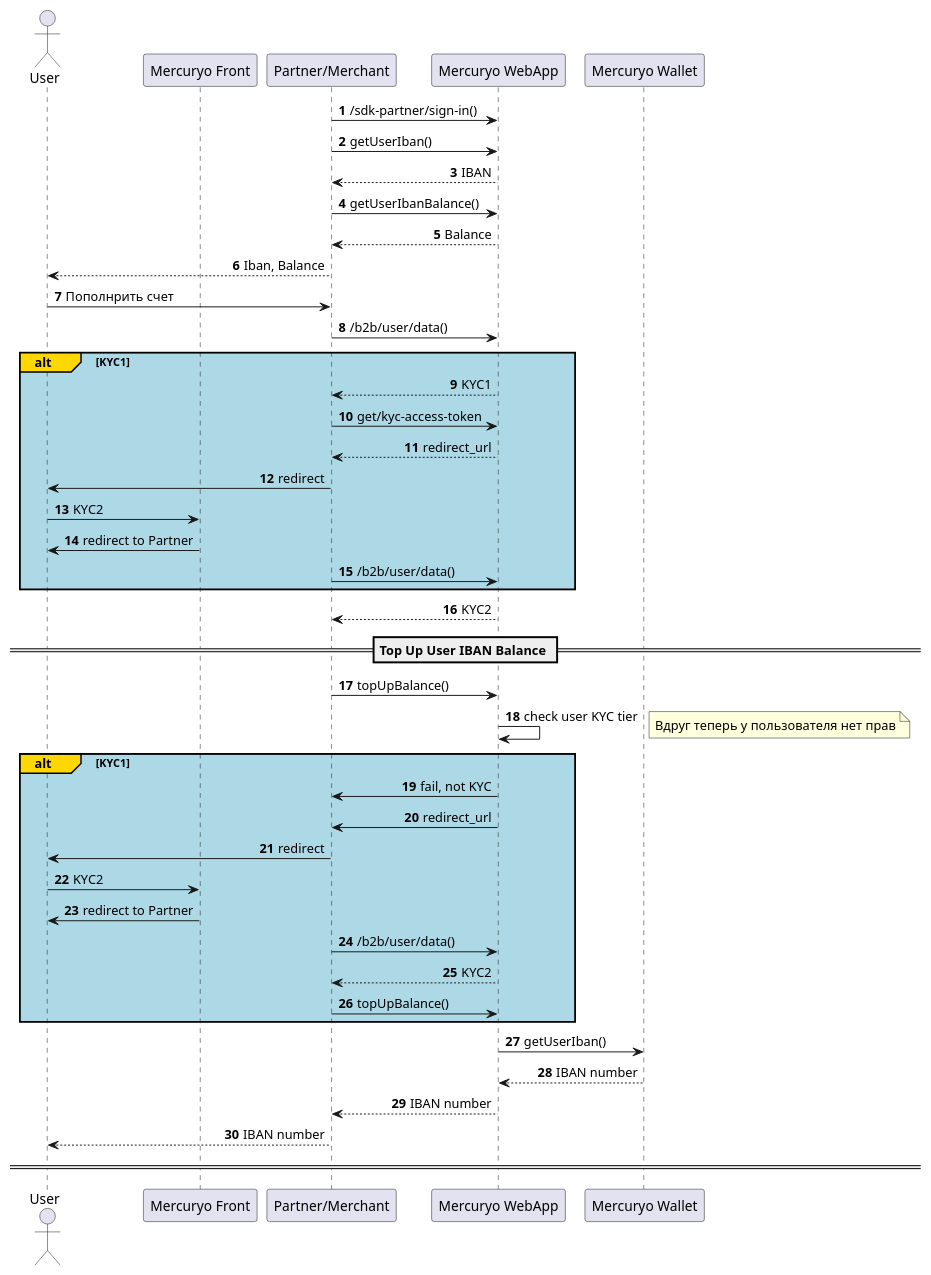
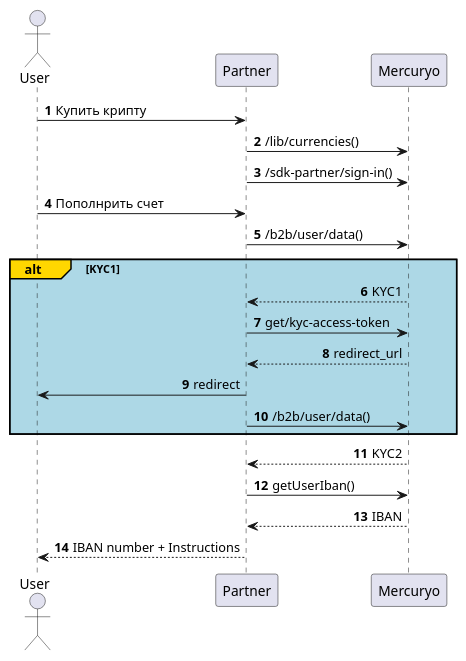
Before and after one commit to mercuryoio/BAAS-API: the diagram in 4 fiat deposit/:b2b:fiat:deposit.puml, drawn with PlantUML. The commit also changed 5 other files, not shown here.

```diff
--- a/4 fiat deposit/:b2b:fiat:deposit.puml
+++ b/4 fiat deposit/:b2b:fiat:deposit.puml
@@ -1,56 +1,32 @@
 @startuml
 ' This UML source uses PlantUML format.
 ' https://plantuml.com/sequence-diagram for syntax details.
 ' Optional styles
 
 skinparam shadowing false
 skinparam SequenceMessageAlign direction
 
 autonumber
 
 actor User as user
-participant "Mercuryo Front" as front
-participant "Partner/Merchant" as part
-participant "Mercuryo WebApp" as merc
-participant "Mercuryo Wallet" as wall
+participant "Partner" as part
+participant "Mercuryo" as merc
 
+user -> part: Купить крипту
+part -> merc: /lib/currencies()
 part -> merc: /sdk-partner/sign-in()
-part -> merc: getUserIban()
-merc --> part: IBAN
-part -> merc: getUserIbanBalance()
-merc --> part: Balance
-part --> user: Iban, Balance
 user -> part: Пополнрить счет
 part -> merc: /b2b/user/data()
 alt#gold #lightblue KYC1
 merc --> part: KYC1
 part -> merc: get/kyc-access-token
 merc --> part: redirect_url
 part -> user: redirect
-user -> front: KYC2
-front -> user: redirect to Partner
 part -> merc: /b2b/user/data()
 end
 merc --> part: KYC2
-== Top Up User IBAN Balance ==
-part -> merc: topUpBalance()
-merc -> merc: check user KYC tier
-note right
-Вдруг теперь у пользователя нет прав
-end note
-alt#gold #lightblue KYC1
-merc -> part: fail, not KYC
-merc -> part: redirect_url
-part -> user: redirect
-user -> front: KYC2
-front -> user: redirect to Partner
-part -> merc: /b2b/user/data()
-merc --> part: KYC2
-part -> merc: topUpBalance()
-end
-merc -> wall: getUserIban()
-wall --> merc: IBAN number
-merc --> part: IBAN number
-part --> user: IBAN number
-====
+part -> merc: getUserIban()
+merc --> part: IBAN
+part --> user: IBAN number + Instructions
+
 @enduml
```
